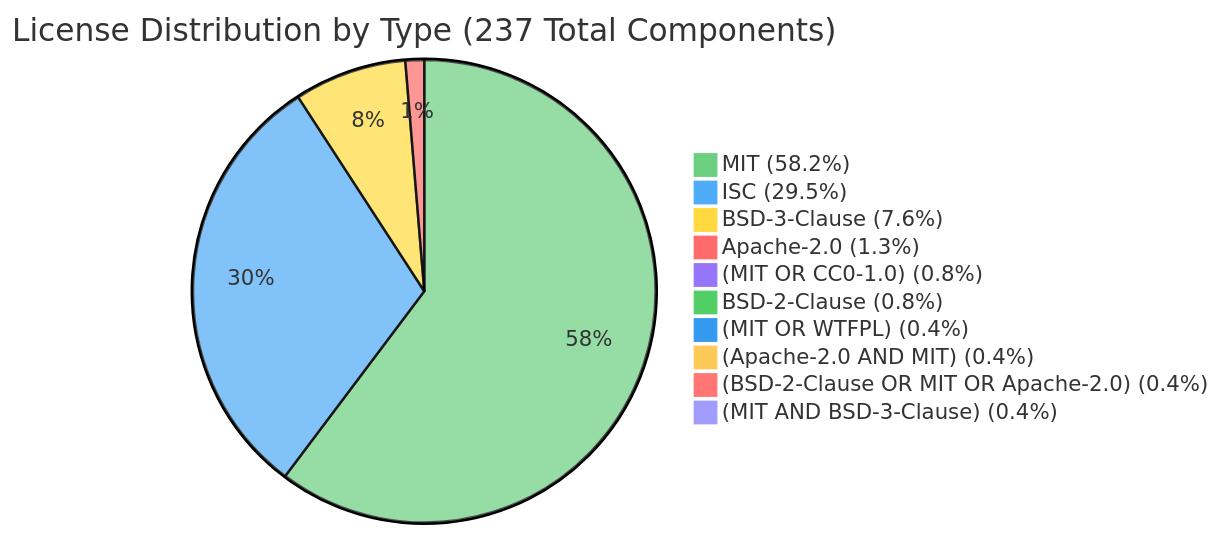
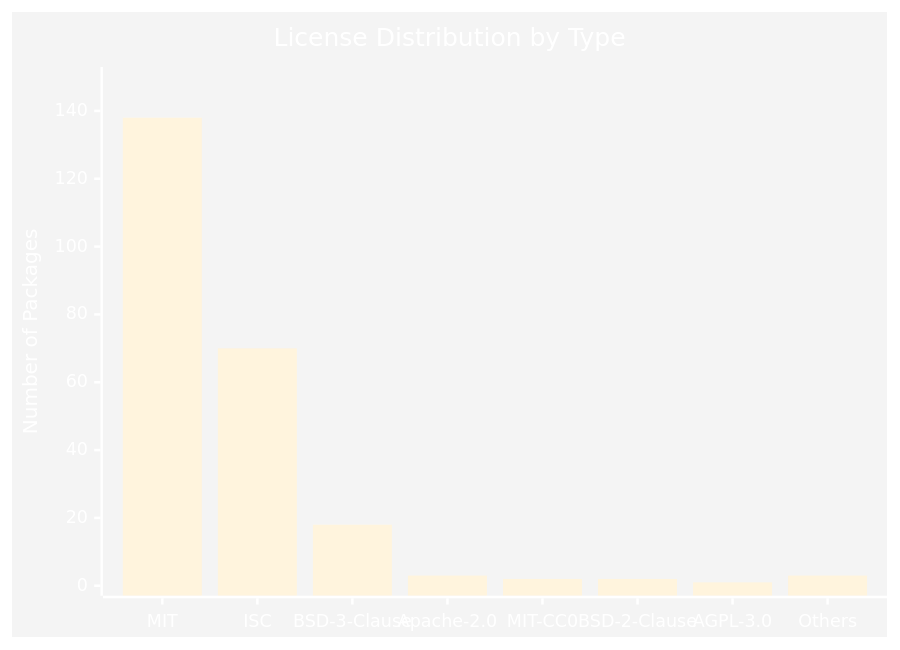
One commit to european-epc-competence-center/key-service changed the third of 4 diagrams in SECURITY_REPORT.md. Above: the diagram before and after it, drawn with Mermaid. The commit also changed other lines of this file and 3 other files, not shown here.

````diff
--- a/SECURITY_REPORT.md
+++ b/SECURITY_REPORT.md
@@ -226,14 +324,8 @@
 ```mermaid
-%%{init: {'theme':'base', 'themeVariables': { 'pie1': '#6bcf7f', 'pie2': '#4dabf7', 'pie3': '#ffd93d', 'pie4': '#ff6b6b', 'pie5': '#9775fa', 'pie6': '#51cf66', 'pie7': '#339af0', 'pie8': '#feca57', 'pie9': '#ff7675', 'pie10': '#a29bfe'}}}%%
-pie title License Distribution by Type (237 Total Components)
-    "MIT (58.2%)" : 138
-    "ISC (29.5%)" : 70
-    "BSD-3-Clause (7.6%)" : 18
-    "Apache-2.0 (1.3%)" : 3
-    "(MIT OR CC0-1.0) (0.8%)" : 2
-    "BSD-2-Clause (0.8%)" : 2
-    "(MIT OR WTFPL) (0.4%)" : 1
-    "(Apache-2.0 AND MIT) (0.4%)" : 1
-    "(BSD-2-Clause OR MIT OR Apache-2.0) (0.4%)" : 1
-    "(MIT AND BSD-3-Clause) (0.4%)" : 1
+%%{init: {'theme':'base', 'themeVariables': {'primaryColor': '#ff6b6b', 'primaryTextColor': '#fff', 'primaryBorderColor': '#7C0000', 'lineColor': '#f8f8f8', 'secondaryColor': '#006100', 'tertiaryColor': '#fff'}}}%%
+xychart-beta
+    title "License Distribution by Type"
+    x-axis [MIT, ISC, BSD-3-Clause, Apache-2.0, MIT-CC0, BSD-2-Clause, AGPL-3.0, Others]
+    y-axis "Number of Packages" 0 --> 150
+    bar [138, 70, 18, 3, 2, 2, 1, 3]
 ```
````
